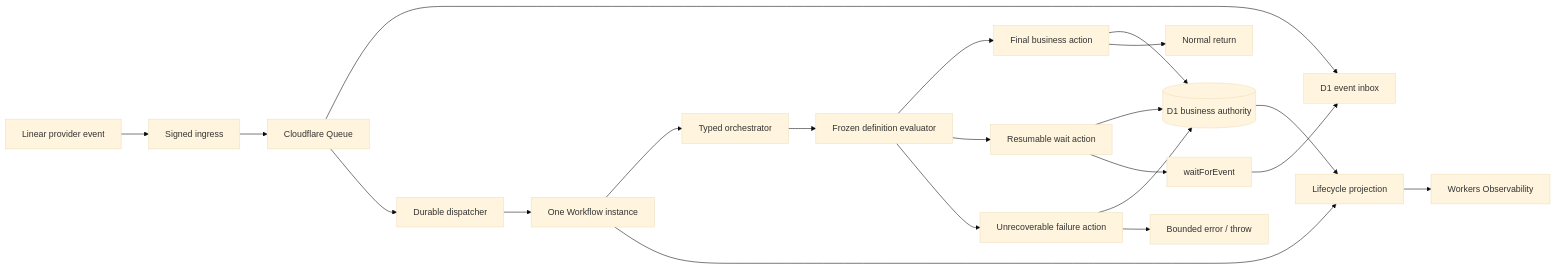
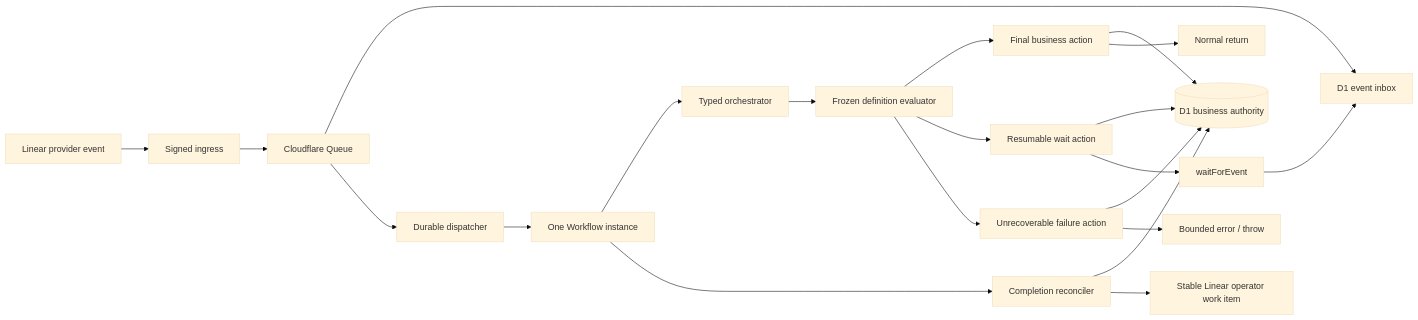
One commit to sachinkundu/deos changed the first of 2 diagrams in openspec/changes/separate-executor-and-business-lifecycle/design.md. Above: the diagram before and after it, drawn with Mermaid (base theme). The commit also changed other lines of this file and 4 other files, not shown here.

````diff
--- a/openspec/changes/separate-executor-and-business-lifecycle/design.md
+++ b/openspec/changes/separate-executor-and-business-lifecycle/design.md
@@ -30,23 +31,23 @@
 ```mermaid
 flowchart LR
     Linear[Linear provider event] --> Ingress[Signed ingress]
     Ingress --> Queue[Cloudflare Queue]
     Queue --> Inbox[D1 event inbox]
     Queue --> Dispatch[Durable dispatcher]
     Dispatch --> Instance[One Workflow instance]
     Instance --> Orchestrator[Typed orchestrator]
     Orchestrator --> Evaluator[Frozen definition evaluator]
     Evaluator --> Final[Final business action]
     Evaluator --> Wait[Resumable wait action]
     Evaluator --> Failure[Unrecoverable failure action]
     Final --> D1[(D1 business authority)]
     Wait --> D1
     Failure --> D1
     Wait --> EventWait[waitForEvent]
     EventWait --> Inbox
     Final --> Return[Normal return]
     Failure --> Throw[Bounded error / throw]
-    D1 --> Projection[Lifecycle projection]
-    Instance --> Projection
-    Projection --> Telemetry[Workers Observability]
+    Instance --> Reconcile[Completion reconciler]
+    Reconcile --> D1
+    Reconcile --> Notice[Stable Linear operator work item]
 ```
````
